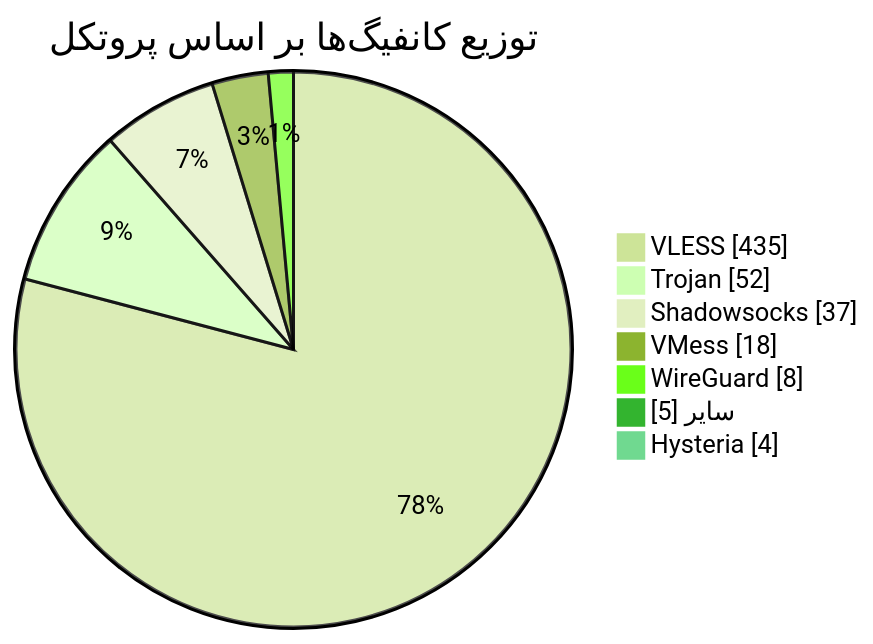
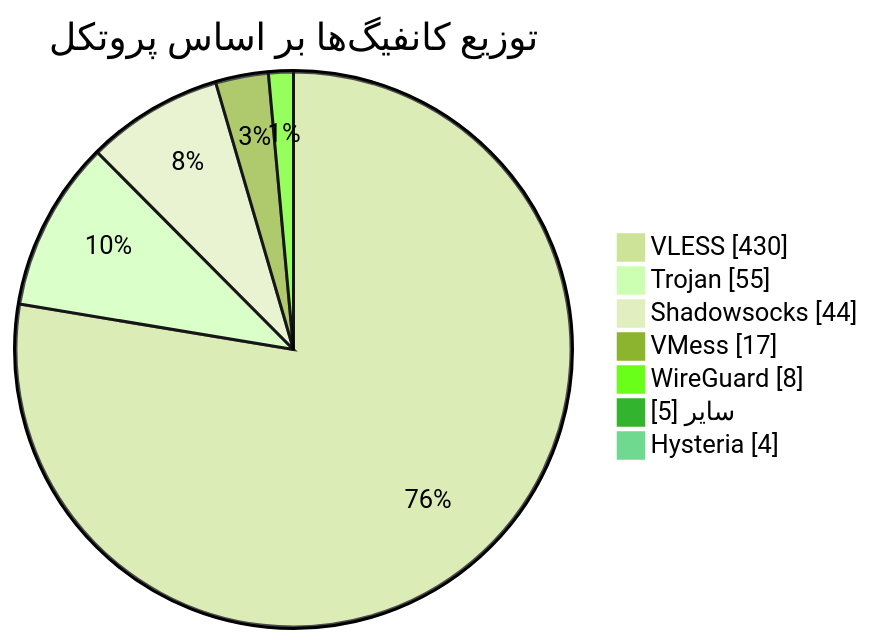
The diagram in README.md (Arian-Alijani/Somthing), drawn with Mermaid (forest theme) before and after one commit. The commit also changed other lines of this file and 19 other files, not shown here.

````diff
--- a/README.md
+++ b/README.md
@@ -49,11 +49,11 @@
 ```mermaid
 pie showData
     title توزیع کانفیگ‌ها بر اساس پروتکل
-    "VLESS" : 435
-    "Trojan" : 52
-    "Shadowsocks" : 37
-    "VMess" : 18
+    "VLESS" : 430
+    "Trojan" : 55
+    "Shadowsocks" : 44
+    "VMess" : 17
     "WireGuard" : 8
     "سایر" : 5
     "Hysteria" : 4
 ```
````
